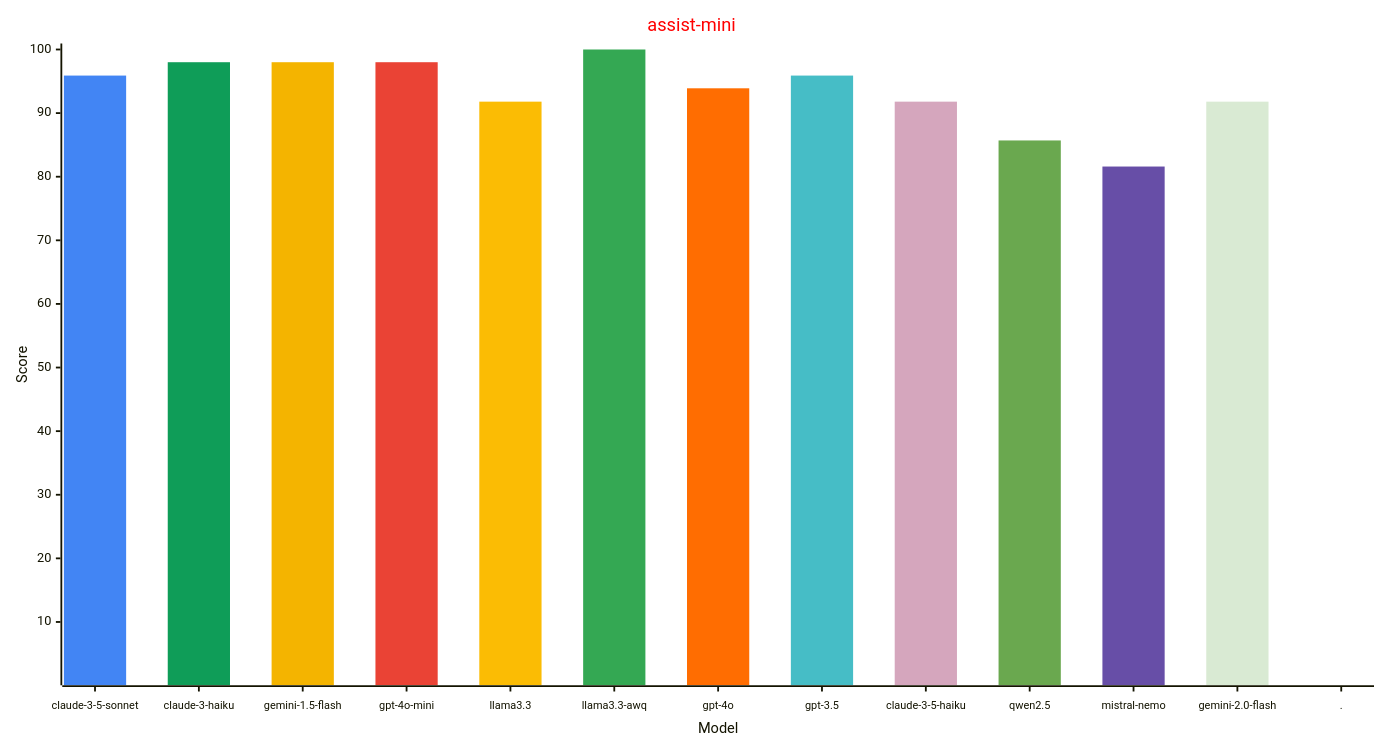
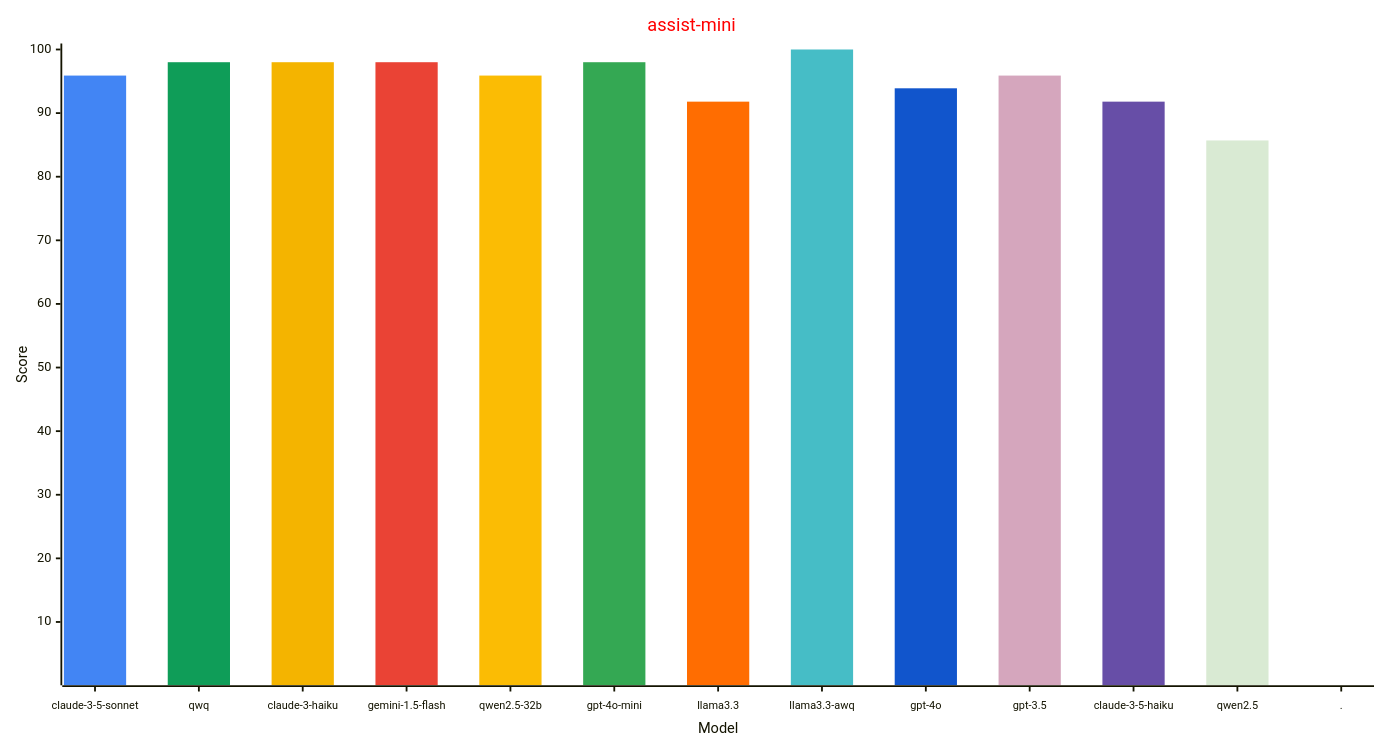
Before and after one commit to allenporter/home-assistant-datasets: the second of 4 diagrams in reports/README.md, drawn with Mermaid. The commit also changed other lines of this file and 392 other files, not shown here.

Commit message:
Add results for qwq and more qwen2.5 models

````diff
--- a/reports/README.md
+++ b/reports/README.md
@@ -98,33 +101,33 @@
 ```mermaid
 ---
 config:
     xyChart:
         width: 1500
         height: 800
         xAxis:
           labelFontSize: 12
           labelPadding: 8
     themeVariables:
         xyChart:
             titleColor: "#ff0000"
-            plotColorPalette: "#4285f4, #0f9d58, #f4b400, #ea4335, #fbbc04, #34a853, #ff6d01, #46bdc6, #d5a6bd, #6aa84f, #674ea7, #d9ead3, #4285f4"
+            plotColorPalette: "#4285f4, #0f9d58, #f4b400, #ea4335, #fbbc04, #34a853, #ff6d01, #46bdc6, #1155cc, #d5a6bd, #674ea7, #d9ead3, #4285f4"
 
 ---
 xychart-beta
   title "assist-mini"
-  x-axis "Model" [claude-3-5-sonnet, claude-3-haiku, gemini-1.5-flash, gpt-4o-mini, llama3.3, llama3.3-awq, gpt-4o, gpt-3.5, claude-3-5-haiku, qwen2.5, mistral-nemo, gemini-2.0-flash, .]
+  x-axis "Model" [claude-3-5-sonnet, qwq, claude-3-haiku, gemini-1.5-flash, qwen2.5-32b, gpt-4o-mini, llama3.3, llama3.3-awq, gpt-4o, gpt-3.5, claude-3-5-haiku, qwen2.5, .]
   y-axis "Score" 1 --> 100
   bar [95.9, 0.0, 0.0, 0.0, 0.0, 0.0, 0.0, 0.0, 0.0, 0.0, 0.0, 0.0, 0.0]
   bar [0.0, 98.0, 0.0, 0.0, 0.0, 0.0, 0.0, 0.0, 0.0, 0.0, 0.0, 0.0, 0.0]
   bar [0.0, 0.0, 98.0, 0.0, 0.0, 0.0, 0.0, 0.0, 0.0, 0.0, 0.0, 0.0, 0.0]
   bar [0.0, 0.0, 0.0, 98.0, 0.0, 0.0, 0.0, 0.0, 0.0, 0.0, 0.0, 0.0, 0.0]
-  bar [0.0, 0.0, 0.0, 0.0, 91.8, 0.0, 0.0, 0.0, 0.0, 0.0, 0.0, 0.0, 0.0]
-  bar [0.0, 0.0, 0.0, 0.0, 0.0, 100.0, 0.0, 0.0, 0.0, 0.0, 0.0, 0.0, 0.0]
-  bar [0.0, 0.0, 0.0, 0.0, 0.0, 0.0, 93.9, 0.0, 0.0, 0.0, 0.0, 0.0, 0.0]
-  bar [0.0, 0.0, 0.0, 0.0, 0.0, 0.0, 0.0, 95.9, 0.0, 0.0, 0.0, 0.0, 0.0]
-  bar [0.0, 0.0, 0.0, 0.0, 0.0, 0.0, 0.0, 0.0, 91.8, 0.0, 0.0, 0.0, 0.0]
-  bar [0.0, 0.0, 0.0, 0.0, 0.0, 0.0, 0.0, 0.0, 0.0, 85.7, 0.0, 0.0, 0.0]
-  bar [0.0, 0.0, 0.0, 0.0, 0.0, 0.0, 0.0, 0.0, 0.0, 0.0, 81.6, 0.0, 0.0]
-  bar [0.0, 0.0, 0.0, 0.0, 0.0, 0.0, 0.0, 0.0, 0.0, 0.0, 0.0, 91.8, 0.0]
+  bar [0.0, 0.0, 0.0, 0.0, 95.9, 0.0, 0.0, 0.0, 0.0, 0.0, 0.0, 0.0, 0.0]
+  bar [0.0, 0.0, 0.0, 0.0, 0.0, 98.0, 0.0, 0.0, 0.0, 0.0, 0.0, 0.0, 0.0]
+  bar [0.0, 0.0, 0.0, 0.0, 0.0, 0.0, 91.8, 0.0, 0.0, 0.0, 0.0, 0.0, 0.0]
+  bar [0.0, 0.0, 0.0, 0.0, 0.0, 0.0, 0.0, 100.0, 0.0, 0.0, 0.0, 0.0, 0.0]
+  bar [0.0, 0.0, 0.0, 0.0, 0.0, 0.0, 0.0, 0.0, 93.9, 0.0, 0.0, 0.0, 0.0]
+  bar [0.0, 0.0, 0.0, 0.0, 0.0, 0.0, 0.0, 0.0, 0.0, 95.9, 0.0, 0.0, 0.0]
+  bar [0.0, 0.0, 0.0, 0.0, 0.0, 0.0, 0.0, 0.0, 0.0, 0.0, 91.8, 0.0, 0.0]
+  bar [0.0, 0.0, 0.0, 0.0, 0.0, 0.0, 0.0, 0.0, 0.0, 0.0, 0.0, 85.7, 0.0]
   bar [0.0, 0.0, 0.0, 0.0, 0.0, 0.0, 0.0, 0.0, 0.0, 0.0, 0.0, 0.0, -1.0]
 ```
````
